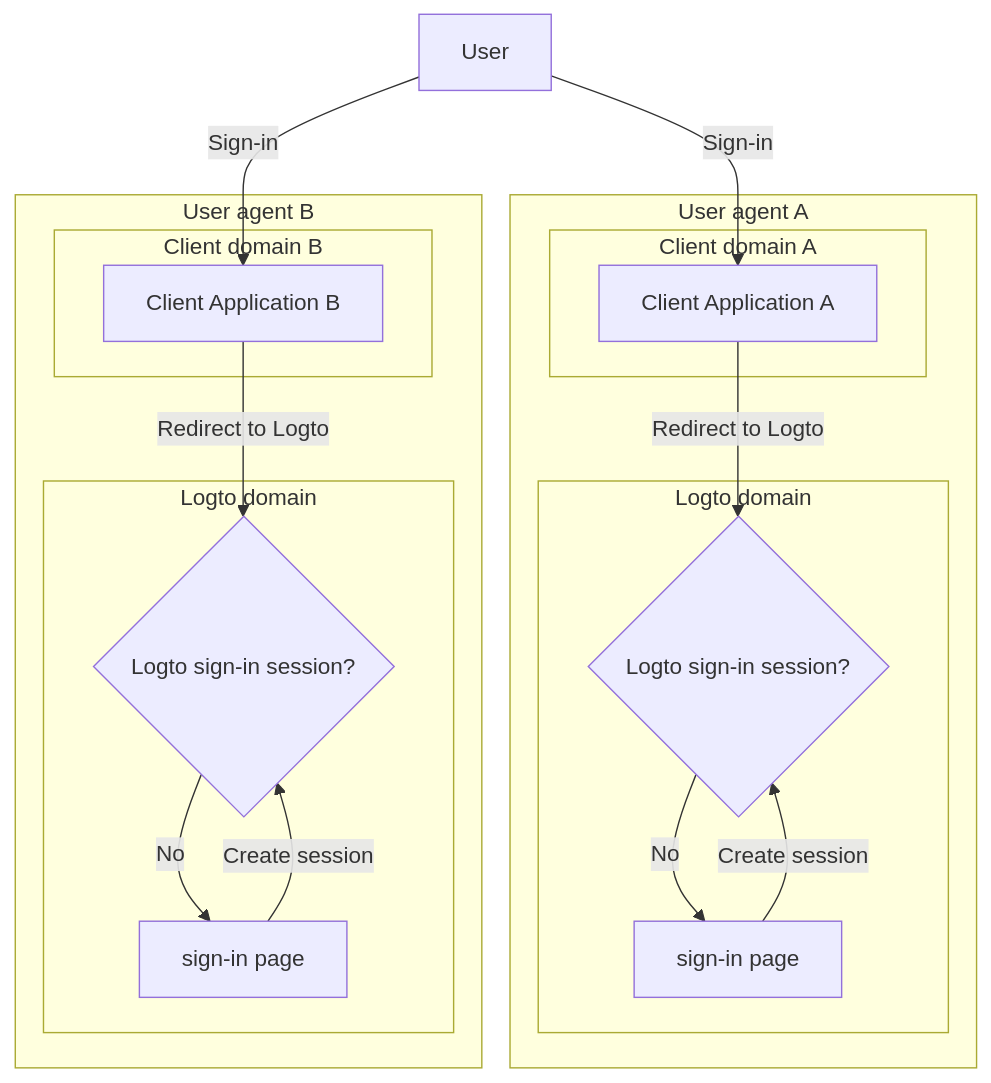
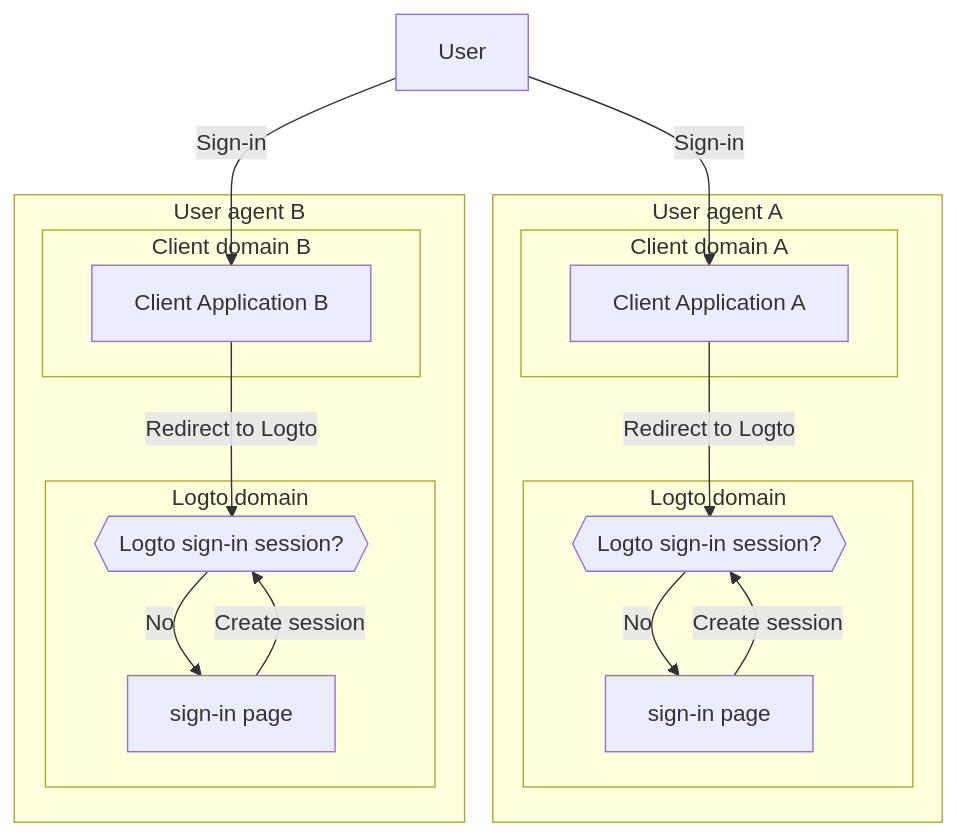
Before and after one commit to logto-io/docs: the third of 3 diagrams in docs/end-user-flows/sign-out.mdx, drawn with Mermaid. The commit also changed other lines of this file and 3 other files, not shown here.

First line of the commit message:
fix: update the mermaid flowchart

````diff
--- a/docs/end-user-flows/sign-out.mdx
+++ b/docs/end-user-flows/sign-out.mdx
@@ -89,35 +89,35 @@
    ```mermaid
     flowchart TD
     U[User]
 
     subgraph DeviceA [User agent A]
       subgraph Layer1 [Client domain A]
         A[Client Application A]
       end
 
       subgraph Layer2 [Logto domain]
-          C{Logto sign-in session?}
+          C{{Logto sign-in session?}}
           D[sign-in page]
       end
     end
 
     subgraph DeviceB [User agent B]
       subgraph Layer3 [Client domain B]
         B[Client Application B]
       end
 
       subgraph Layer4 [Logto domain]
-          E{Logto sign-in session?}
+          E{{Logto sign-in session?}}
           F[sign-in page]
       end
     end
 
     U --> |Sign-in| A
     A --> |Redirect to Logto| C
     U --> |Sign-in| B
     B --> |Redirect to Logto| E
     C --> |No| D
     E --> |No| F
     D --> |Create session| C
     F --> |Create session| E
    ```
````
